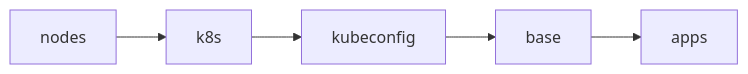
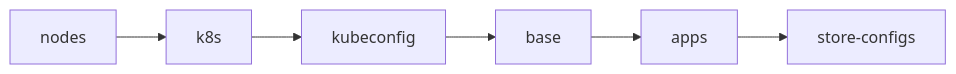
Before and after one commit to bykaj/home-ops: the diagram in docs/content/runbooks/bootstrap.md, drawn with Mermaid. The commit also changed other lines of this file and 4 other files, not shown here.

First line of the commit message:
feat(bootstrap): store and restore kubeconfig/talosconfig in 1Password

````diff
--- a/docs/content/runbooks/bootstrap.md
+++ b/docs/content/runbooks/bootstrap.md
@@ -33,4 +36,4 @@
 ```mermaid
 graph LR
-    nodes --> k8s --> kubeconfig --> base --> apps
+    nodes --> k8s --> kubeconfig --> base --> apps --> store-configs
 ```
````
